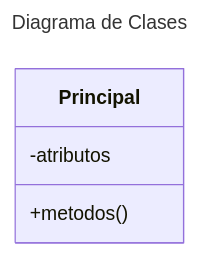
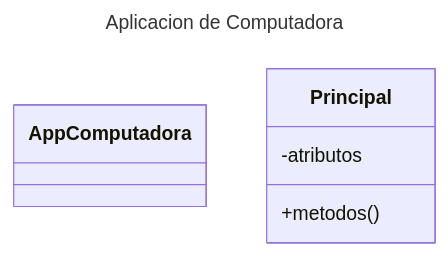
The diagram in README.md (mauryci2/Jaime-Felix-POO-Base), drawn with Mermaid before and after one commit.

````diff
--- a/README.md
+++ b/README.md
@@ -7,9 +7,9 @@
 ```mermaid
 ---
-title: Diagrama de Clases
+title: Aplicacion de Computadora
 ---
 classDiagram
-      class Principal
+      class AppComputadora
       Principal: -atributos
       Principal: +metodos()
 ```
````
